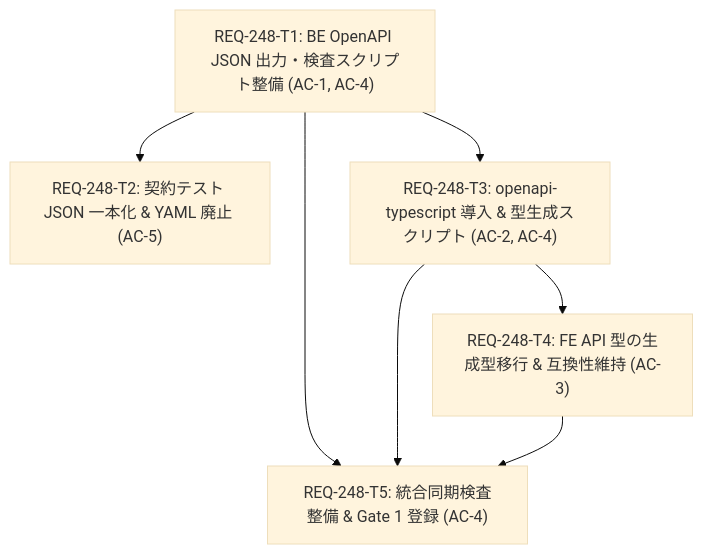
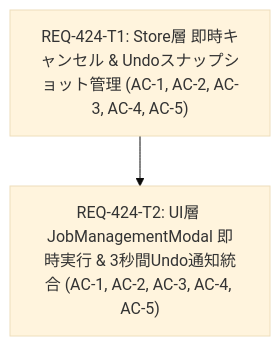
The diagram in implementation_plan.md (TAKE4548/comfy-create-helper2), drawn with Mermaid (base theme) before and after one commit. The commit also changed other lines of this file and 11 other files, not shown here.

````diff
--- a/implementation_plan.md
+++ b/implementation_plan.md
@@ -71,15 +52,7 @@
 ```mermaid
 graph TD
-  REQ-248-T1["REQ-248-T1: BE OpenAPI JSON 出力・検査スクリプト整備 (AC-1, AC-4)"]
-  REQ-248-T2["REQ-248-T2: 契約テスト JSON 一本化 & YAML 廃止 (AC-5)"]
-  REQ-248-T3["REQ-248-T3: openapi-typescript 導入 & 型生成スクリプト (AC-2, AC-4)"]
-  REQ-248-T4["REQ-248-T4: FE API 型の生成型移行 & 互換性維持 (AC-3)"]
-  REQ-248-T5["REQ-248-T5: 統合同期検査整備 & Gate 1 登録 (AC-4)"]
+  REQ-424-T1["REQ-424-T1: Store層 即時キャンセル & Undoスナップショット管理 (AC-1, AC-2, AC-3, AC-4, AC-5)"]
+  REQ-424-T2["REQ-424-T2: UI層 JobManagementModal 即時実行 & 3秒間Undo通知統合 (AC-1, AC-2, AC-3, AC-4, AC-5)"]
 
-  REQ-248-T1 --> REQ-248-T2
-  REQ-248-T1 --> REQ-248-T3
-  REQ-248-T3 --> REQ-248-T4
-  REQ-248-T1 --> REQ-248-T5
-  REQ-248-T3 --> REQ-248-T5
-  REQ-248-T4 --> REQ-248-T5
+  REQ-424-T1 --> REQ-424-T2
 ```
````
